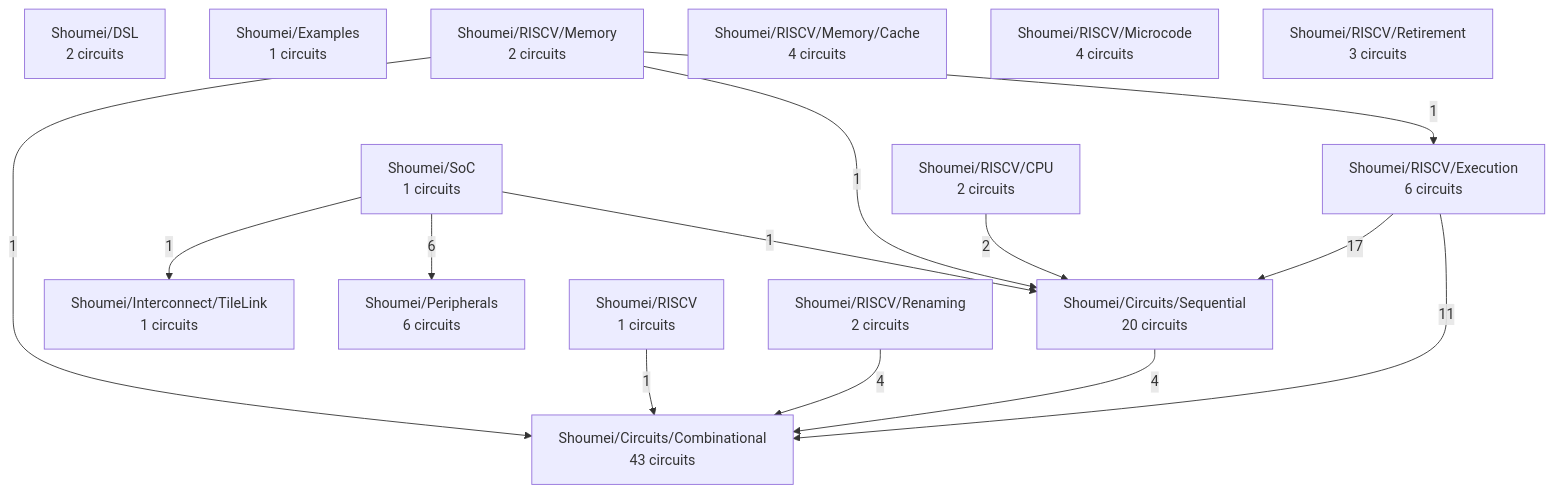
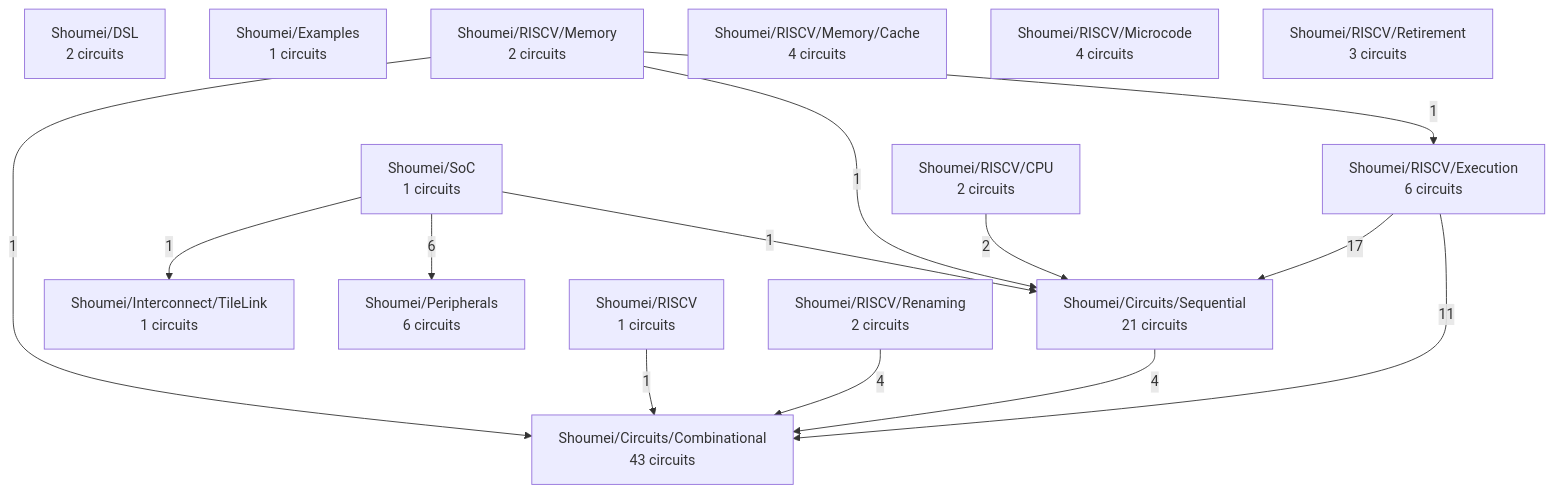
The diagram in docs/project-map.md (atvrager/Shoumei-RTL), drawn with Mermaid before and after one commit. The commit also changed other lines of this file, not shown here.

````diff
--- a/docs/project-map.md
+++ b/docs/project-map.md
@@ -27,30 +27,30 @@
 ```mermaid
 graph TD
   Shoumei_Circuits_Combinational["Shoumei/Circuits/Combinational<br/>43 circuits"]
-  Shoumei_Circuits_Sequential["Shoumei/Circuits/Sequential<br/>20 circuits"]
+  Shoumei_Circuits_Sequential["Shoumei/Circuits/Sequential<br/>21 circuits"]
   Shoumei_DSL["Shoumei/DSL<br/>2 circuits"]
   Shoumei_Examples["Shoumei/Examples<br/>1 circuits"]
   Shoumei_Interconnect_TileLink["Shoumei/Interconnect/TileLink<br/>1 circuits"]
   Shoumei_Peripherals["Shoumei/Peripherals<br/>6 circuits"]
   Shoumei_RISCV["Shoumei/RISCV<br/>1 circuits"]
   Shoumei_RISCV_CPU["Shoumei/RISCV/CPU<br/>2 circuits"]
   Shoumei_RISCV_Execution["Shoumei/RISCV/Execution<br/>6 circuits"]
   Shoumei_RISCV_Memory["Shoumei/RISCV/Memory<br/>2 circuits"]
   Shoumei_RISCV_Memory_Cache["Shoumei/RISCV/Memory/Cache<br/>4 circuits"]
   Shoumei_RISCV_Microcode["Shoumei/RISCV/Microcode<br/>4 circuits"]
   Shoumei_RISCV_Renaming["Shoumei/RISCV/Renaming<br/>2 circuits"]
   Shoumei_RISCV_Retirement["Shoumei/RISCV/Retirement<br/>3 circuits"]
   Shoumei_SoC["Shoumei/SoC<br/>1 circuits"]
   Shoumei_RISCV_Execution -->|17| Shoumei_Circuits_Sequential
   Shoumei_RISCV_Execution -->|11| Shoumei_Circuits_Combinational
   Shoumei_SoC -->|6| Shoumei_Peripherals
   Shoumei_Circuits_Sequential -->|4| Shoumei_Circuits_Combinational
   Shoumei_RISCV_Renaming -->|4| Shoumei_Circuits_Combinational
   Shoumei_RISCV_CPU -->|2| Shoumei_Circuits_Sequential
   Shoumei_RISCV -->|1| Shoumei_Circuits_Combinational
   Shoumei_RISCV_Memory -->|1| Shoumei_Circuits_Combinational
   Shoumei_RISCV_Memory -->|1| Shoumei_Circuits_Sequential
   Shoumei_RISCV_Memory -->|1| Shoumei_RISCV_Execution
   Shoumei_SoC -->|1| Shoumei_Circuits_Sequential
   Shoumei_SoC -->|1| Shoumei_Interconnect_TileLink
 ```
````
